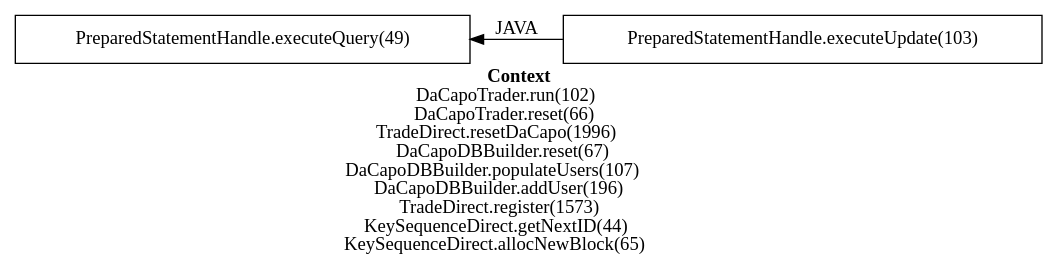
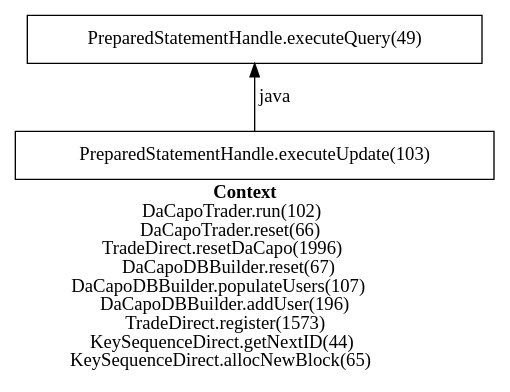
The diagram in pepe/results2/6.gv (jtamayo/pepe), drawn with Graphviz before and after one commit. The commit also changed 181 other files, not shown here.

```diff
--- a/pepe/results2/6.gv
+++ b/pepe/results2/6.gv
@@ -1,6 +1,6 @@
-digraph 108973432 { 
-label=<<font face="Times-Bold">Context</font><br/>DaCapoTrader.run(102)<br/>DaCapoTrader.reset(66)<br/>TradeDirect.resetDaCapo(1996)<br/>DaCapoDBBuilder.reset(67)<br/>DaCapoDBBuilder.populateUsers(107)<br/>DaCapoDBBuilder.addUser(196)<br/>TradeDirect.register(1573)<br/>KeySequenceDirect.getNextID(44)<br/>KeySequenceDirect.allocNewBlock(65)>;rankdir=RL;
+digraph 110640533 { 
+label=<<font face="Times-Bold">Context</font><br/>DaCapoTrader.run(102)<br/>DaCapoTrader.reset(66)<br/>TradeDirect.resetDaCapo(1996)<br/>DaCapoDBBuilder.reset(67)<br/>DaCapoDBBuilder.populateUsers(107)<br/>DaCapoDBBuilder.addUser(196)<br/>TradeDirect.register(1573)<br/>KeySequenceDirect.getNextID(44)<br/>KeySequenceDirect.allocNewBlock(65)>;rankdir=BT;
 1 [label="PreparedStatementHandle.executeQuery(49)\n", shape=box];
 2 [label="PreparedStatementHandle.executeUpdate(103)\n", shape=box];
-2 -> 1 [label="JAVA"];
+2 -> 1 [label="java" color=black];
 }
```
